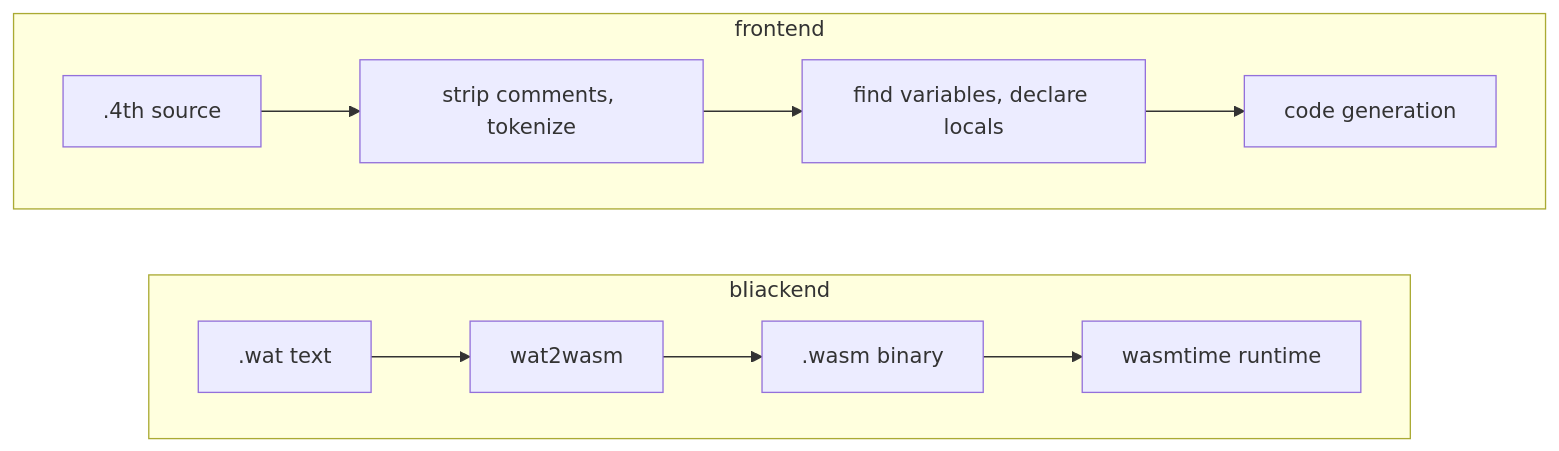
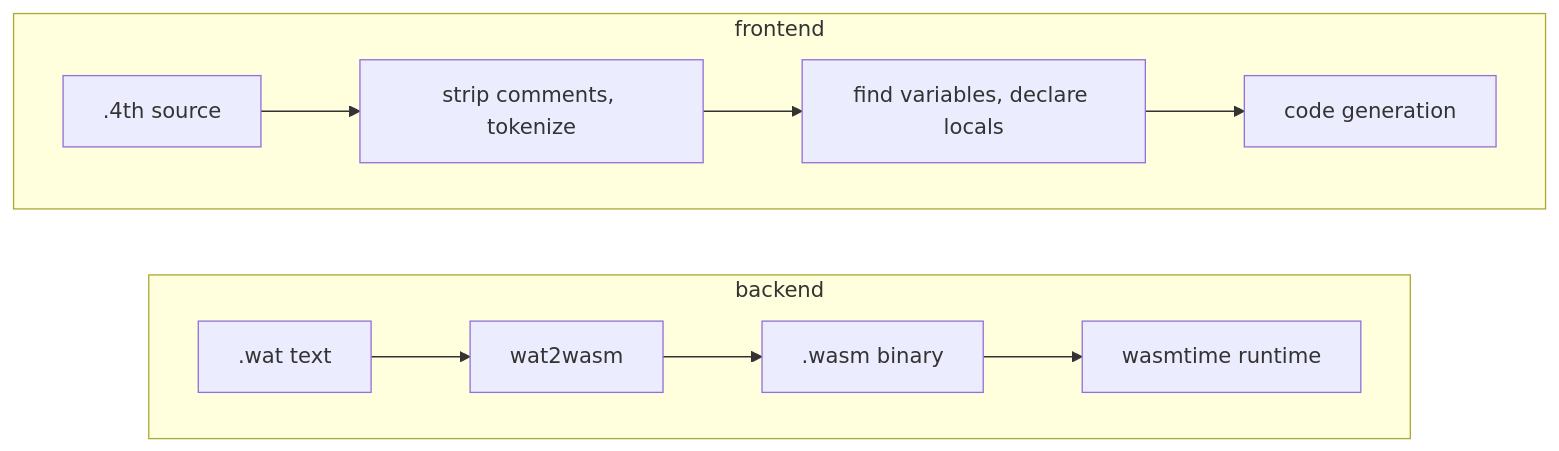
The diagram in src/lib/lab/europython_wasm_compiler.md (pyrsuit/pyrsuit-dev-blog), drawn with Mermaid before and after one commit.

Commit message:
refactor: Fix typo

````diff
--- a/src/lib/lab/europython_wasm_compiler.md
+++ b/src/lib/lab/europython_wasm_compiler.md
@@ -48,12 +48,12 @@
 ```mermaid
 graph TD
     subgraph FE["frontend"]
         direction LR
         A[.4th source] --> B[strip comments, tokenize] --> C[find variables, declare locals] --> D[code generation]
     end
-    subgraph BE["bIiackend"]
+    subgraph BE["backend"]
         direction LR
         E[.wat text] --> F[wat2wasm] --> G[.wasm binary] --> H[wasmtime runtime]
     end
     FE ~~~ BE
 ```
````
